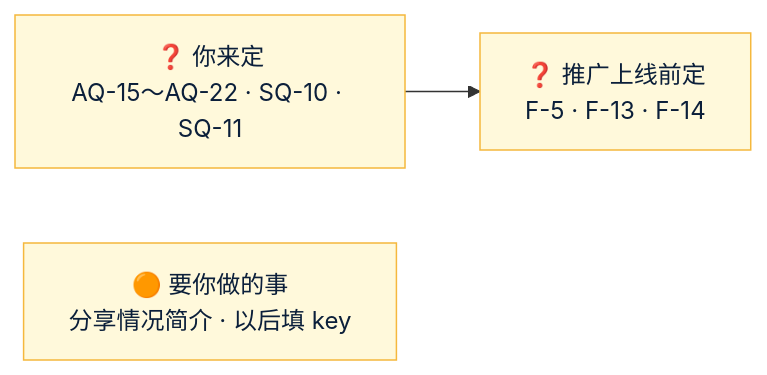
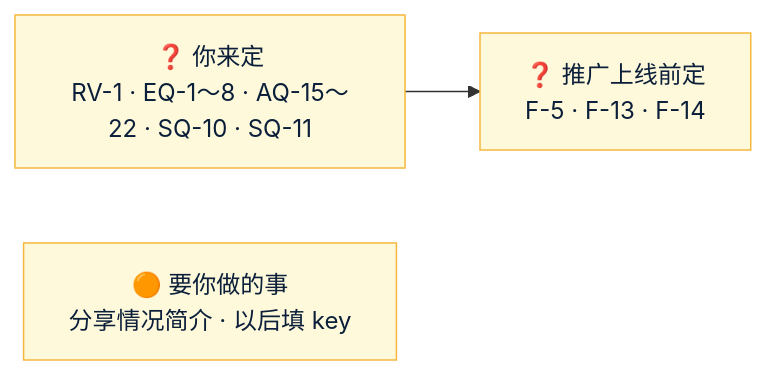
Before and after one commit to dollar3651314/forecast: the diagram in Amos待办.md, drawn with Mermaid. The commit also changed other lines of this file, not shown here.

````diff
--- a/Amos待办.md
+++ b/Amos待办.md
@@ -10,7 +10,7 @@
 ```mermaid
 flowchart LR
-    A["❓ 你来定<br/>AQ-15～AQ-22 · SQ-10 · SQ-11"] --> B["❓ 推广上线前定<br/>F-5 · F-13 · F-14"]
+    A["❓ 你来定<br/>RV-1 · EQ-1～8 · AQ-15～22 · SQ-10 · SQ-11"] --> B["❓ 推广上线前定<br/>F-5 · F-13 · F-14"]
     T["🟠 要你做的事<br/>分享情况简介 · 以后填 key"]
     classDef amos fill:#FFF9DB,stroke:#F5B83D,color:#0B1F3A
     class A,B,T amos
 ```
````
